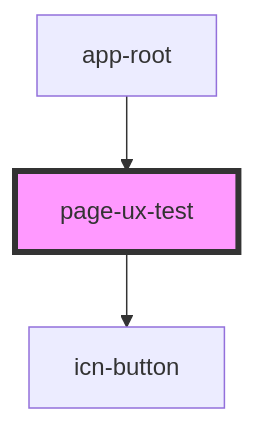
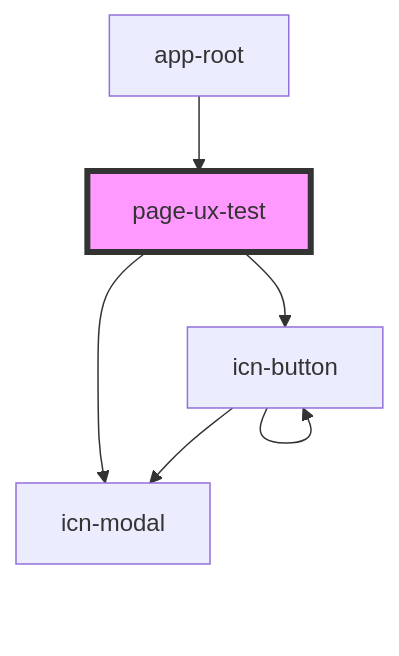
One commit to lokheed/IconEventNetwork.Web changed the diagram in iconeventnetwork-web/src/components/pages/page-ux-test/readme.md. Above: the diagram before and after it, drawn with Mermaid. The commit also changed other lines of this file and 38 other files, not shown here.

First line of the commit message:
Implemented icn-modal

````diff
--- a/iconeventnetwork-web/src/components/pages/page-ux-test/readme.md
+++ b/iconeventnetwork-web/src/components/pages/page-ux-test/readme.md
@@ -19,6 +20,9 @@
 ```mermaid
 graph TD;
   page-ux-test --> icn-button
+  page-ux-test --> icn-modal
+  icn-button --> icn-modal
+  icn-button --> icn-button
   app-root --> page-ux-test
   style page-ux-test fill:#f9f,stroke:#333,stroke-width:4px
 ```
````
